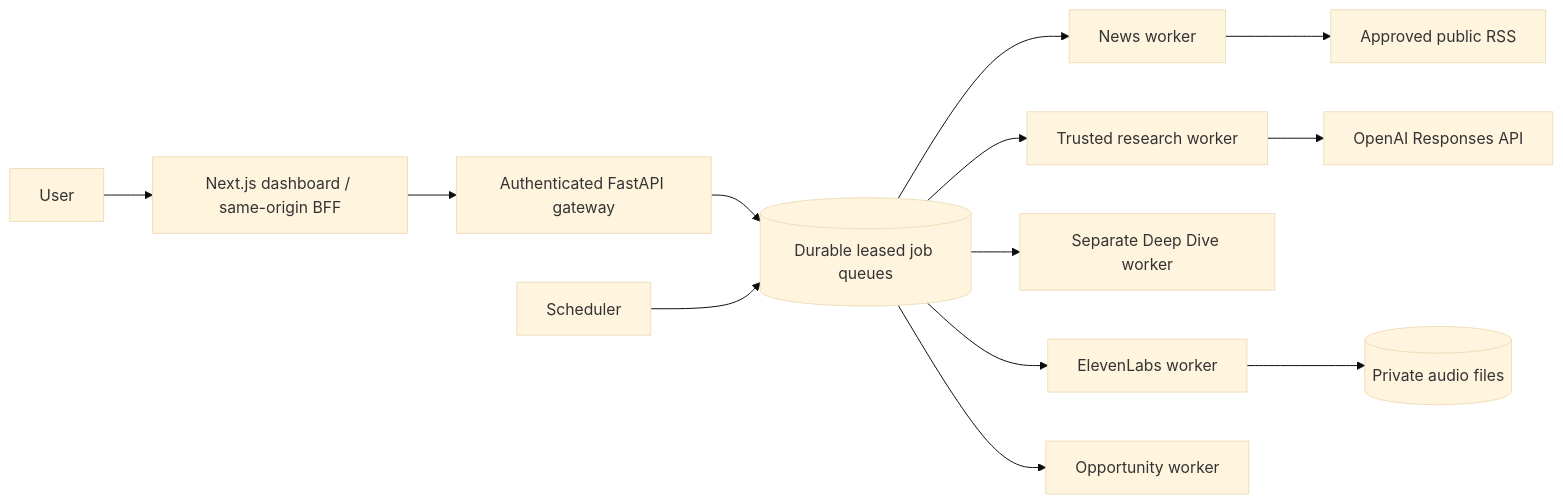
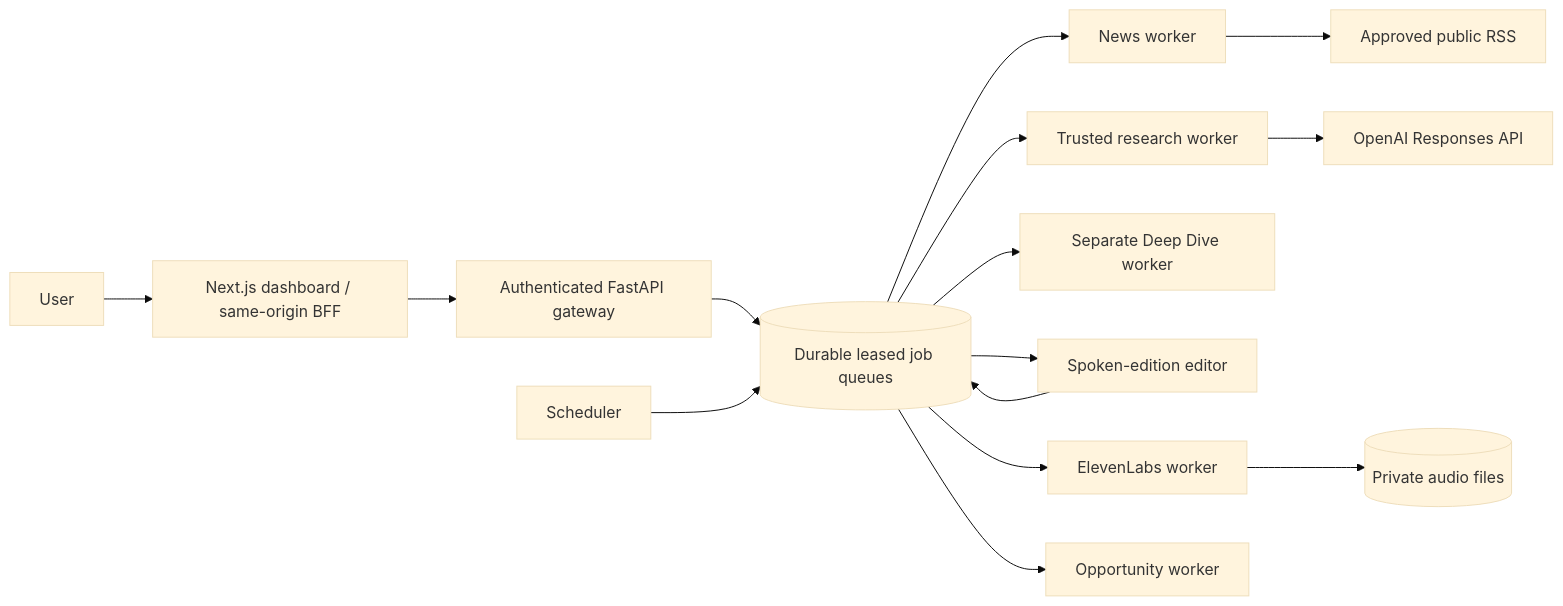
One commit to 14digital/KUMAIL changed the diagram in docs/ARCHITECTURE.md. Above: the diagram before and after it, drawn with Mermaid (base theme). The commit also changed other lines of this file and 29 other files, not shown here.

````diff
--- a/docs/ARCHITECTURE.md
+++ b/docs/ARCHITECTURE.md
@@ -3,15 +3,17 @@
 ```mermaid
 flowchart LR
   User --> Web[Next.js dashboard / same-origin BFF]
   Web --> API[Authenticated FastAPI gateway]
   API --> Broker[(Durable leased job queues)]
   Scheduler --> Broker
   Broker --> News[News worker]
   Broker --> Research[Trusted research worker]
   Broker --> Deep[Separate Deep Dive worker]
+  Broker --> Editor[Spoken-edition editor]
+  Editor --> Broker
   Broker --> Voice[ElevenLabs worker]
   Broker --> Opportunities[Opportunity worker]
   News --> RSS[Approved public RSS]
   Research --> AI[OpenAI Responses API]
   Voice --> Media[(Private audio files)]
 ```
````
